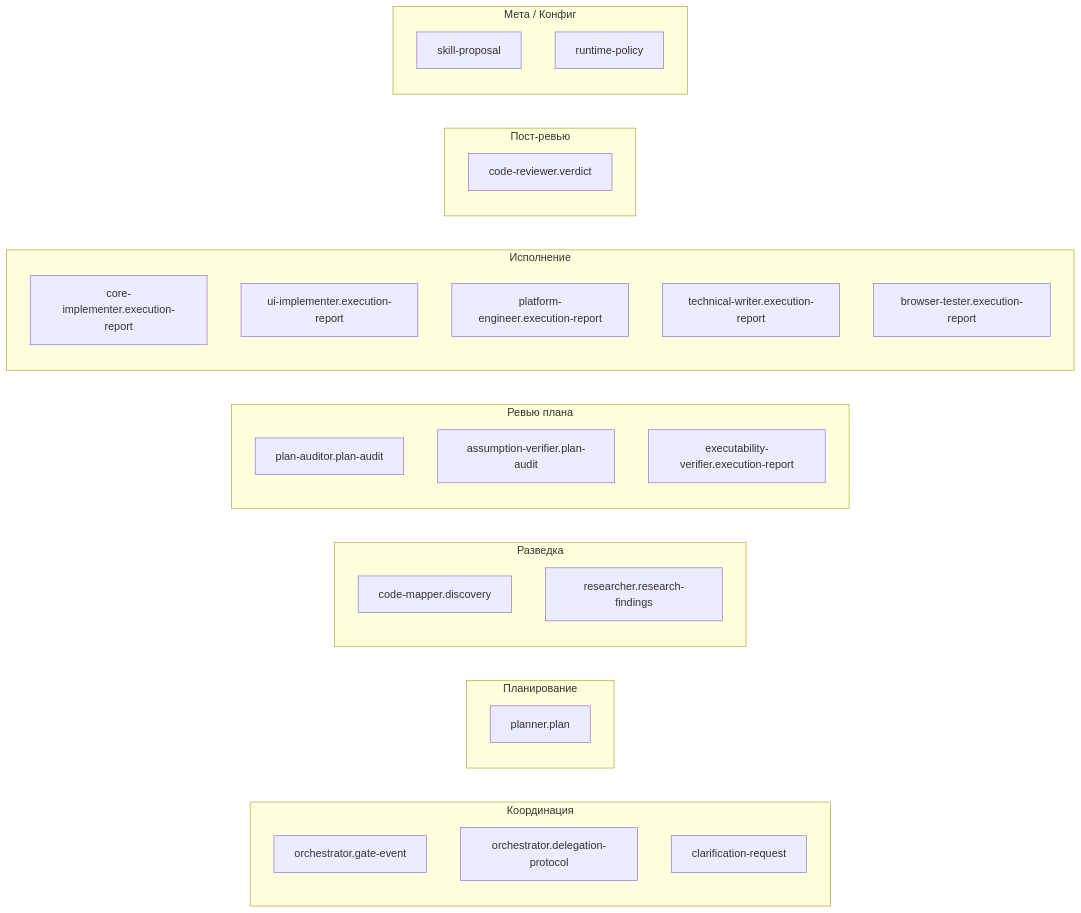
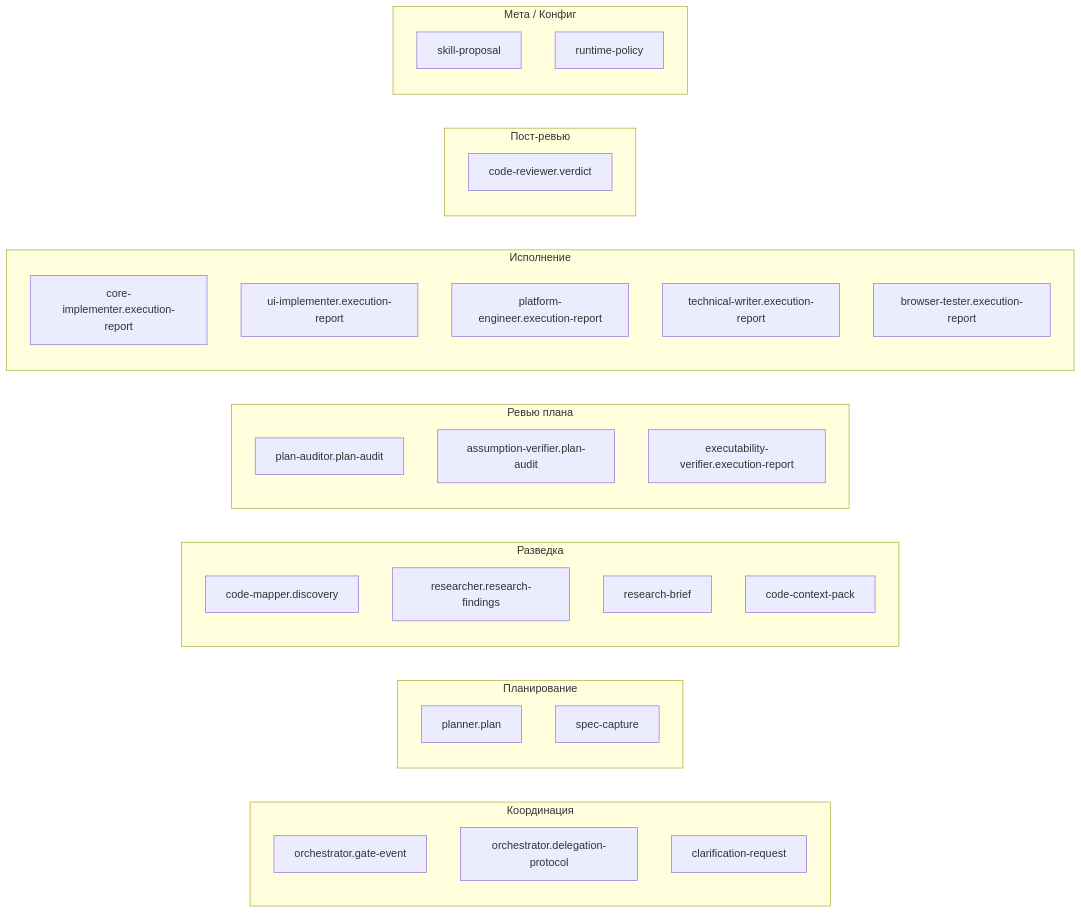
The diagram in docs/tutorial-ru/09-schemas.md (Smithbox-ai/ControlFlow), drawn with Mermaid before and after one commit. The commit also changed other lines of this file and 45 other files, not shown here.

````diff
--- a/docs/tutorial-ru/09-schemas.md
+++ b/docs/tutorial-ru/09-schemas.md
@@ -43,34 +46,37 @@
 ```mermaid
 flowchart LR
     subgraph Coord["Координация"]
         OG[orchestrator.gate-event]
         OD[orchestrator.delegation-protocol]
         CL[clarification-request]
     end
     subgraph Plan["Планирование"]
         PL[planner.plan]
+        SC[spec-capture]
     end
     subgraph Disc["Разведка"]
         CM[code-mapper.discovery]
         RR[researcher.research-findings]
+        RB[research-brief]
+        CC[code-context-pack]
     end
     subgraph Rev["Ревью плана"]
         PA[plan-auditor.plan-audit]
         AV[assumption-verifier.plan-audit]
         EV[executability-verifier.execution-report]
     end
     subgraph Exec["Исполнение"]
         CI[core-implementer.execution-report]
         UI[ui-implementer.execution-report]
         PE[platform-engineer.execution-report]
         TW[technical-writer.execution-report]
         BT[browser-tester.execution-report]
     end
     subgraph PostRev["Пост-ревью"]
         CR[code-reviewer.verdict]
     end
     subgraph Meta["Мета / Конфиг"]
         SP[skill-proposal]
         RP[runtime-policy]
     end
 ```
````
